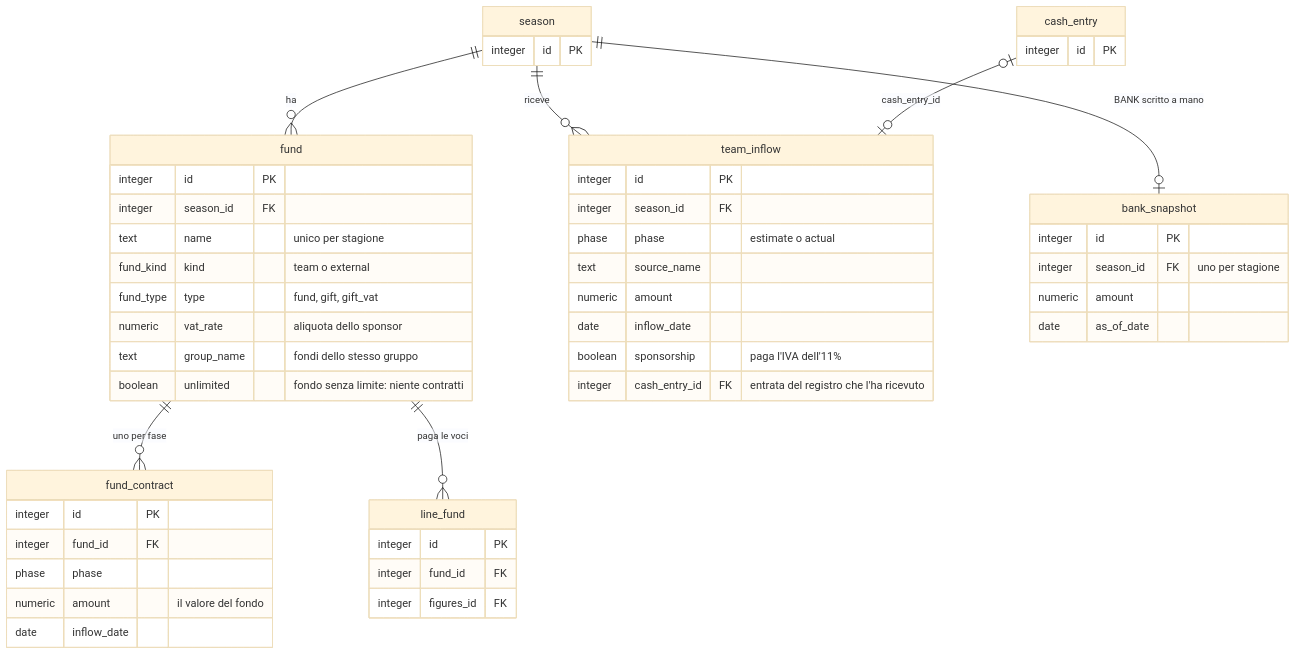
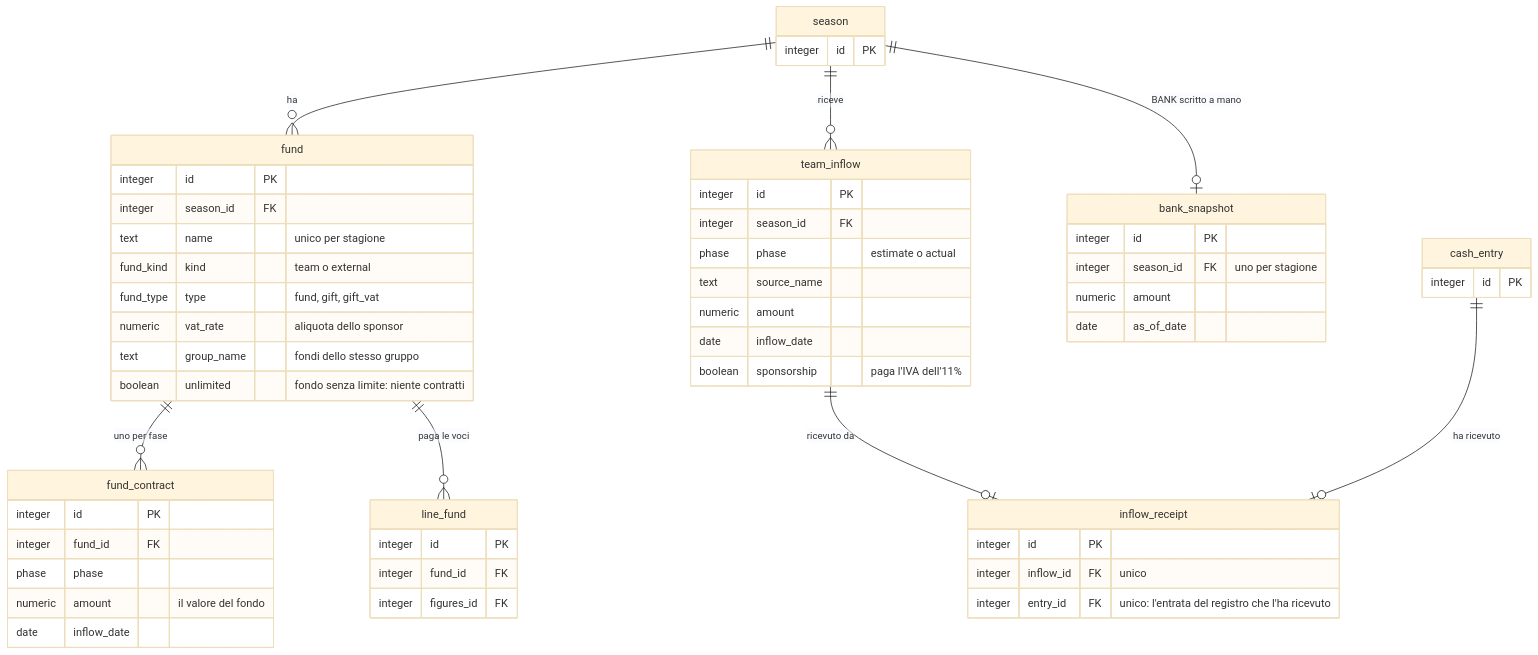
One commit to KevinRomanello/Simple-configurable-ERP changed the third of 7 diagrams in docs/schema-database.md. Above: the diagram before and after it, drawn with Mermaid (base theme). The commit also changed other lines of this file and 106 other files, not shown here.

````diff
--- a/docs/schema-database.md
+++ b/docs/schema-database.md
@@ -135,54 +135,59 @@
 ```mermaid
 erDiagram
   season {
     integer id PK
   }
   fund {
     integer id PK
     integer season_id FK
     text name "unico per stagione"
     fund_kind kind "team o external"
     fund_type type "fund, gift, gift_vat"
     numeric vat_rate "aliquota dello sponsor"
     text group_name "fondi dello stesso gruppo"
     boolean unlimited "fondo senza limite: niente contratti"
   }
   fund_contract {
     integer id PK
     integer fund_id FK
     phase phase
     numeric amount "il valore del fondo"
     date inflow_date
   }
   line_fund {
     integer id PK
     integer fund_id FK
     integer figures_id FK
   }
   team_inflow {
     integer id PK
     integer season_id FK
     phase phase "estimate o actual"
     text source_name
     numeric amount
     date inflow_date
     boolean sponsorship "paga l'IVA dell'11%"
-    integer cash_entry_id FK "entrata del registro che l'ha ricevuto"
+  }
+  inflow_receipt {
+    integer id PK
+    integer inflow_id FK "unico"
+    integer entry_id FK "unico: l'entrata del registro che l'ha ricevuto"
   }
   bank_snapshot {
     integer id PK
     integer season_id FK "uno per stagione"
     numeric amount
     date as_of_date
   }
   cash_entry {
     integer id PK
   }
 
   season ||--o{ fund : "ha"
   fund ||--o{ fund_contract : "uno per fase"
   fund ||--o{ line_fund : "paga le voci"
   season ||--o{ team_inflow : "riceve"
   season ||--o| bank_snapshot : "BANK scritto a mano"
-  cash_entry |o--o| team_inflow : "cash_entry_id"
+  team_inflow ||--o| inflow_receipt : "ricevuto da"
+  cash_entry ||--o| inflow_receipt : "ha ricevuto"
 ```
````
